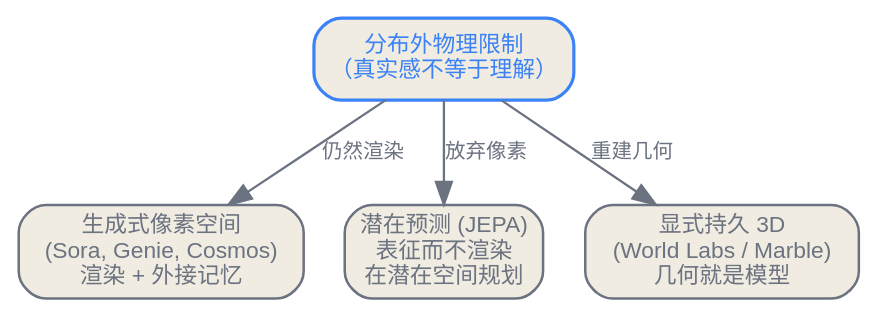
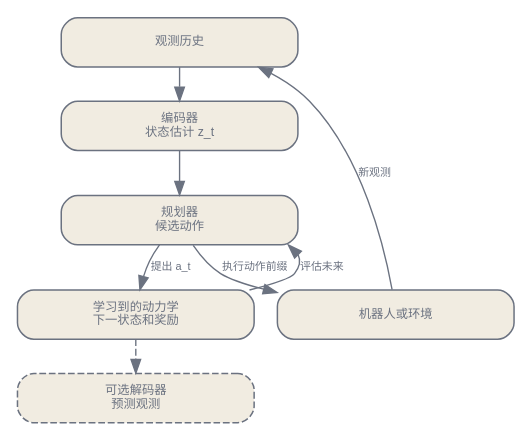
Before and after one commit to latere-ai/ai-as-an-infrastructure: the first of 2 diagrams in zh/generative/05-beyond-text.qmd, drawn with Graphviz. The commit also changed other lines of this file and 2 other files, not shown here.

Commit message:
docs: rewrite Chinese world models and embodiment chapter

````diff
--- a/zh/generative/05-beyond-text.qmd
+++ b/zh/generative/05-beyond-text.qmd
@@ -29,19 +52,25 @@
 ```{dot}
-//| label: fig-beyond-trichotomy
-//| fig-cap: "「世界模型是什么」的三个架构答案，每一个都是对分布外物理限制的不同回应。生成派渲染世界、用外接记忆处理连贯性；潜在派在抽象里预测、并在那里规划；显式三维派让持久几何成为表示本身。"
-digraph trichotomy {
+//| label: fig-world-model-loop
+//| fig-cap: "基于模型的控制循环。编码器从观测历史估计状态，学习到的动力学预测候选动作的后果，规划器评估候选未来，只执行一个动作或一小段动作前缀，再读取真实结果并重新规划。把预测状态解码为像素并不是必要步骤。"
+digraph {
+  bgcolor="transparent";
   rankdir=TB;
-  bgcolor="transparent";
-  node [shape=box, style="rounded,filled", fontname="Helvetica", fontsize=10, color="#6b7280", fontcolor="#6b7280", fillcolor="#f1ece1", penwidth=1.1];
-  edge [color="#6b7280", fontcolor="#6b7280", fontsize=9];
-
-  wall [label="分布外物理限制\n（真实感不等于理解）", color="#3b82f6", fontcolor="#3b82f6", penwidth=1.4];
-  gen  [label="生成式像素空间\n(Sora, Genie, Cosmos)\n渲染 + 外接记忆"];
-  jepa [label="潜在预测 (JEPA)\n表征而不渲染\n在潜在空间规划"];
-  d3   [label="显式持久 3D\n(World Labs / Marble)\n几何就是模型"];
-
-  wall -> gen [label="仍然渲染"];
-  wall -> jepa [label="放弃像素"];
-  wall -> d3 [label="重建几何"];
+  size="3.1,9.0";
+  ratio=compress;
+  nodesep=0.24; ranksep=0.34;
+  node [shape=box, style="rounded,filled", width=2.4, fontname="Helvetica", fontsize=9, color="#6b7280", fontcolor="#6b7280", fillcolor="#f1ece1", penwidth=1.1];
+  edge [fontsize=8, fontname="Helvetica", color="#6b7280", fontcolor="#6b7280"];
+  observation [label="观测历史"];
+  encoder [label="编码器\n状态估计 z_t"];
+  planner [label="规划器\n候选动作"];
+  dynamics [label="学习到的动力学\n下一状态和奖励"];
+  executor [label="机器人或环境"];
+  decoder [label="可选解码器\n预测观测", style="rounded,filled,dashed"];
+  observation -> encoder -> planner;
+  planner -> dynamics [label="提出 a_t"];
+  dynamics -> planner [label="评估未来", constraint=false];
+  planner -> executor [label="执行动作前缀"];
+  executor -> observation [label="新观测", constraint=false];
+  dynamics -> decoder [style=dashed];
 }
 ```
````
